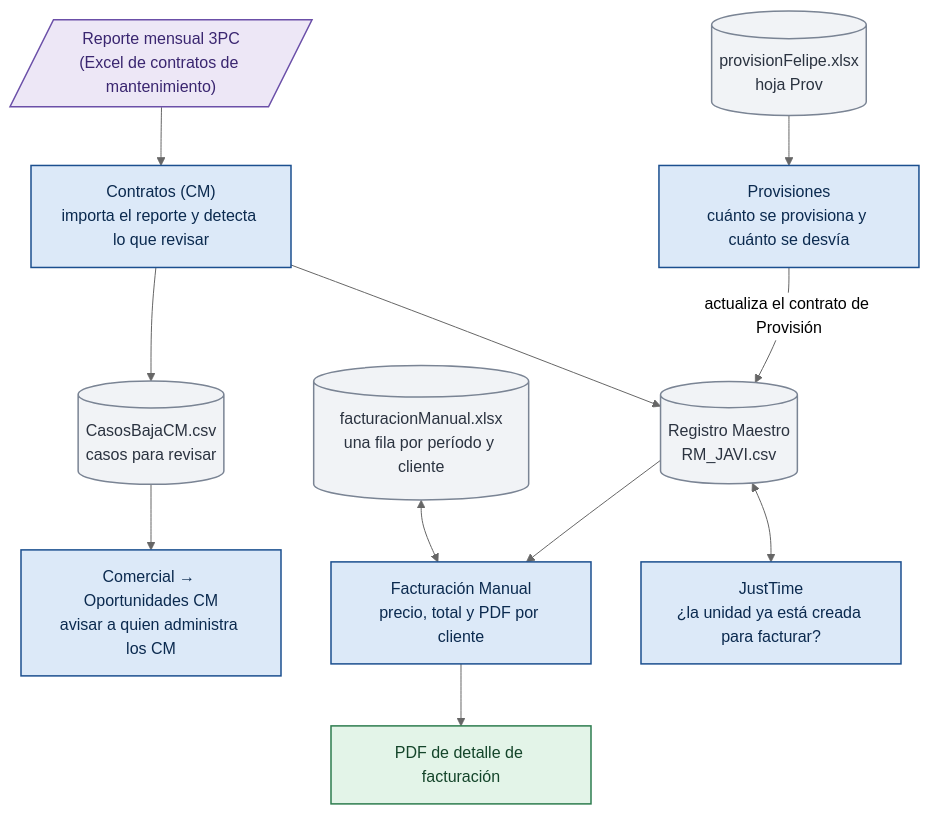
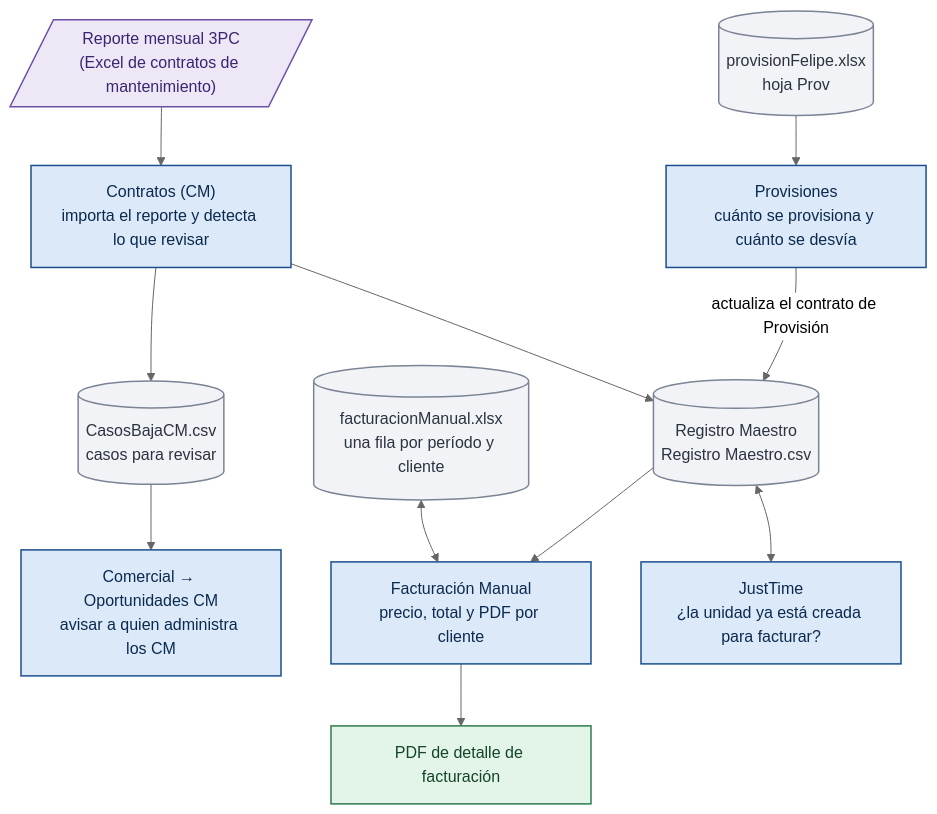
Before and after one commit to felipeMon20/PTY4614-302-EQUIPO-2: the seventh of 31 diagrams in Fase 2/Evidencias Proyecto/Evidencias de documentación/docs/08. Arquitectura Visual y Diagramas.md, drawn with Mermaid (neutral theme). The commit also changed other lines of this file and 315 other files, not shown here.

````diff
--- a/Fase 2/Evidencias Proyecto/Evidencias de documentación/docs/08. Arquitectura Visual y Diagramas.md
+++ b/Fase 2/Evidencias Proyecto/Evidencias de documentación/docs/08. Arquitectura Visual y Diagramas.md
@@ -235,27 +237,27 @@
 ```mermaid
 flowchart TB
-    RM[("Registro Maestro<br/>RM_JAVI.csv")]:::archivo
+    RM[("Registro Maestro<br/>Registro Maestro.csv")]:::archivo
     PF[("provisionFelipe.xlsx<br/>hoja Prov")]:::archivo
     R3[/"Reporte mensual 3PC<br/>(Excel de contratos de mantenimiento)"/]:::externo
     FX[("facturacionManual.xlsx<br/>una fila por período y cliente")]:::archivo
     CB[("CasosBajaCM.csv<br/>casos para revisar")]:::archivo
 
     PF --> PROV["Provisiones<br/>cuánto se provisiona y cuánto se desvía"]:::pantalla
     PROV -->|"actualiza el contrato de Provisión"| RM
     R3 --> CM["Contratos (CM)<br/>importa el reporte y detecta lo que revisar"]:::pantalla
     CM --> RM
     CM --> CB
     CB --> OCM["Comercial → Oportunidades CM<br/>avisar a quien administra los CM"]:::pantalla
     RM --> FMN["Facturación Manual<br/>precio, total y PDF por cliente"]:::pantalla
     FX <--> FMN
     FMN --> PDF["PDF de detalle de facturación"]:::accion
     RM <--> JT["JustTime<br/>¿la unidad ya está creada para facturar?"]:::pantalla
     classDef pantalla fill:#DCE9F8,stroke:#1B4F8F,color:#0B2A4F,stroke-width:1.5px
     classDef grupo fill:#1B4F8F,stroke:#0B2A4F,color:#FFFFFF,stroke-width:1.5px
     classDef accion fill:#E3F4E8,stroke:#2E7D4F,color:#14452A,stroke-width:1.5px
     classDef archivo fill:#F1F3F6,stroke:#7A8494,color:#2B3340,stroke-width:1.5px
     classDef externo fill:#EDE7F6,stroke:#6B4FA8,color:#3A2670,stroke-width:1.5px
     classDef alerta fill:#FDECEC,stroke:#B3372F,color:#6E1712,stroke-width:1.5px
     classDef aviso fill:#FFF4D6,stroke:#B58100,color:#5C4300,stroke-width:1.5px
     classDef neutro fill:#FFFFFF,stroke:#8A94A6,color:#2B3340,stroke-width:1.5px
 ```
````
